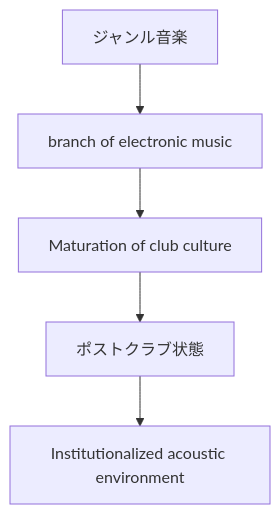
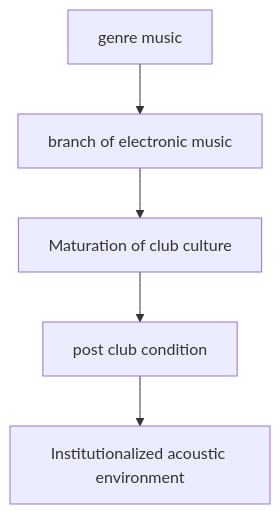
One commit to monumental-movement/monumental-movement.github.io changed diagram 11 of 11 in en/_posts/2026-06-30-column-influential-album-02.md. Above: the diagram before and after it, drawn with Mermaid. The commit also changed other lines of this file and 851 other files, not shown here.

```diff
--- a/en/_posts/2026-06-30-column-influential-album-02.md
+++ b/en/_posts/2026-06-30-column-influential-album-02.md
@@ -1253,11 +1253,11 @@
 <div class="mermaid">
 flowchart TD
-A[ジャンル音楽]
+A[genre music]
 B[branch of electronic music]
 C[Maturation of club culture]
-D[ポストクラブ状態]
+D[post club condition]
 E[Institutionalized acoustic environment]
 
 A --> B --> C --> D --> E
 
 </div>
```
